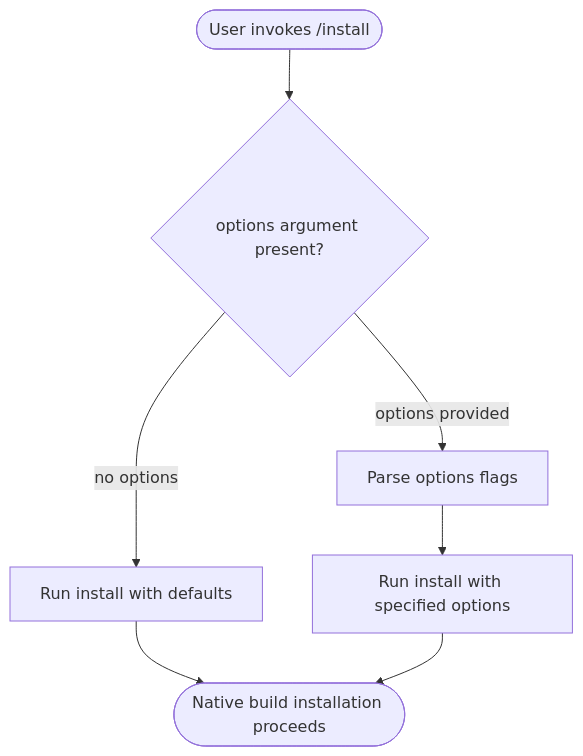
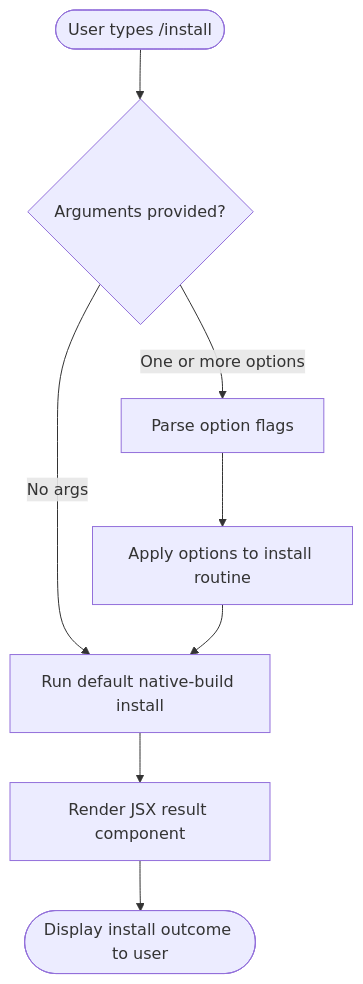
Before and after one commit to MyLittleLuckyDog/cc-gnothi: the diagram in versions/v2.1.132/install.md, drawn with Mermaid. The commit also changed other lines of this file and 96 other files, not shown here.

````diff
--- a/versions/v2.1.132/install.md
+++ b/versions/v2.1.132/install.md
@@ -49,9 +57,10 @@
 ```mermaid
 flowchart TD
-    A([User invokes /install]) --> B{options argument present?}
-    B -- "no options" --> C[Run install with defaults]
-    B -- "options provided" --> D[Parse options flags]
-    D --> E[Run install with specified options]
-    C --> F([Native build installation proceeds])
-    E --> F
+    A([User types /install]) --> B{Arguments provided?}
+    B -- "No args" --> C[Run default native-build install]
+    B -- "One or more options" --> D[Parse option flags]
+    D --> E[Apply options to install routine]
+    E --> C
+    C --> F[Render JSX result component]
+    F --> G([Display install outcome to user])
 ```
````
